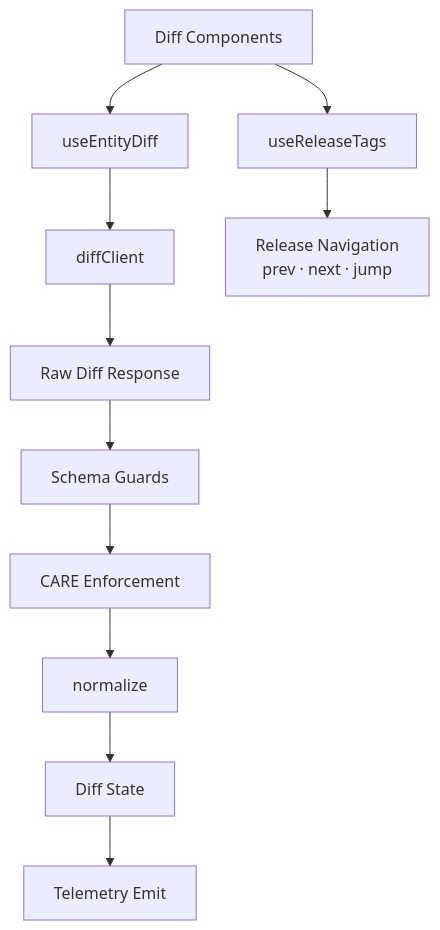
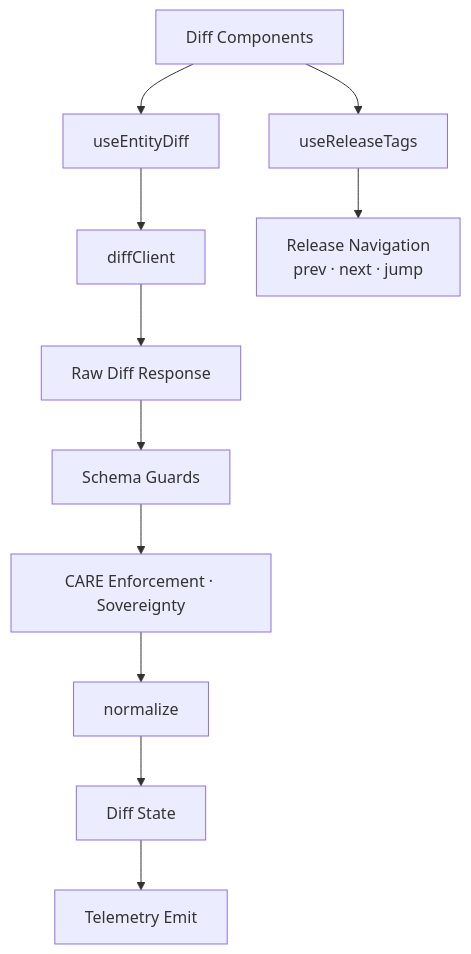
The first of 6 diagrams in web/src/entities/diff-first/hooks/README.md (bartytime4life/Kansas-Frontier-Matrix), drawn with Mermaid before and after one commit. The commit also changed other lines of this file, not shown here.

````diff
--- a/web/src/entities/diff-first/hooks/README.md
+++ b/web/src/entities/diff-first/hooks/README.md
@@ -63,13 +141,14 @@
-```mermaid
+~~~mermaid
 flowchart TD
     UI[Diff Components] --> DIFF[useEntityDiff]
     DIFF --> FETCH[diffClient]
     FETCH --> RAW[Raw Diff Response]
     RAW --> GUARD[Schema Guards]
-    GUARD --> CARE[CARE Enforcement]
+    GUARD --> CARE[CARE Enforcement · Sovereignty]
     CARE --> NORM[normalize]
     NORM --> DIFFSTATE[Diff State]
     DIFFSTATE --> TEL[Telemetry Emit]
+
     UI --> TAGS[useReleaseTags]
     TAGS --> NAV[Release Navigation<br/>prev · next · jump]
-```
+~~~
````
